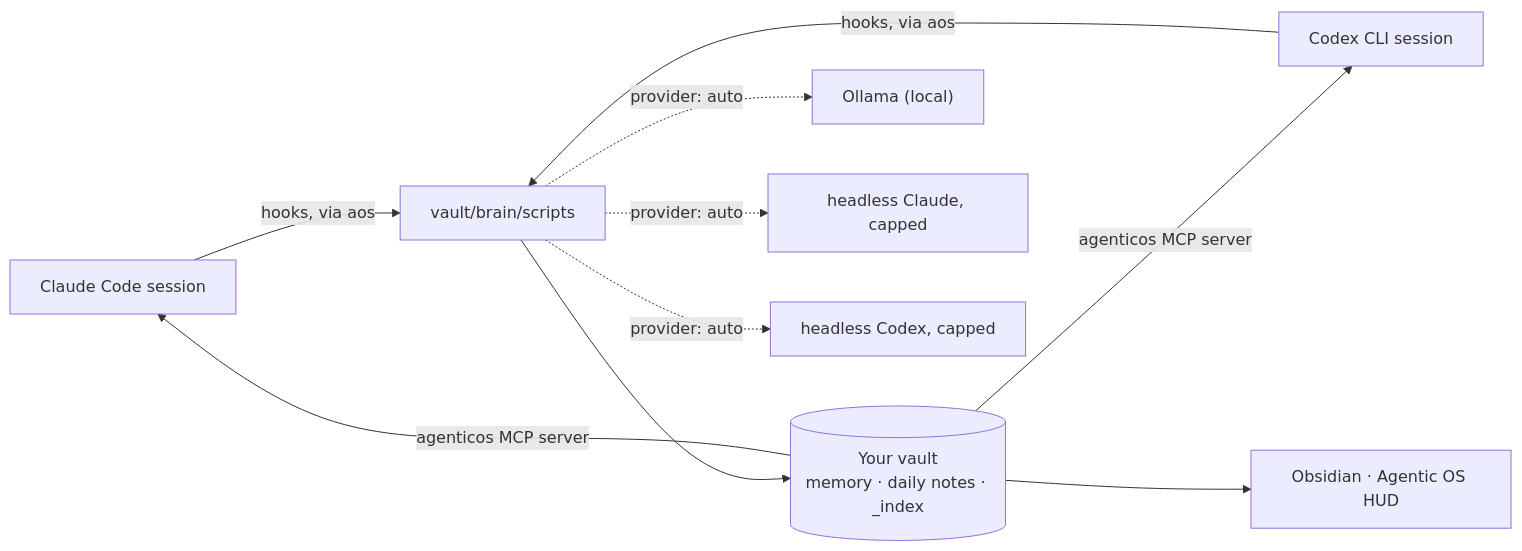
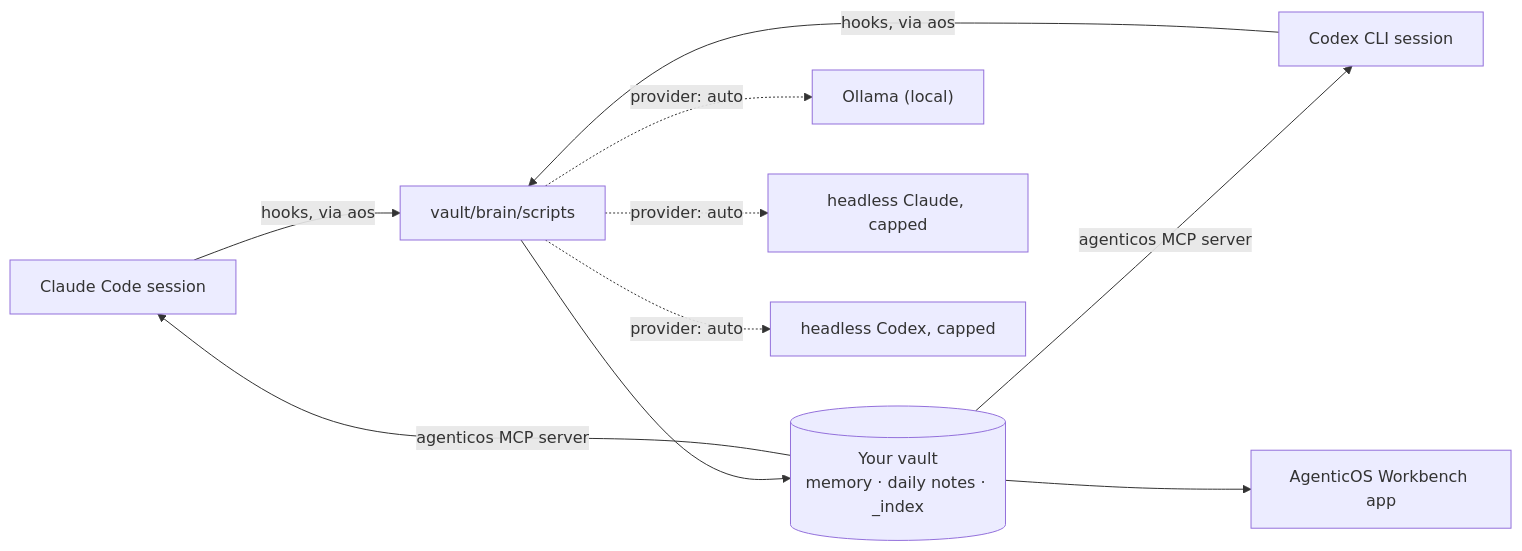
The second of 2 diagrams in README.md (zzoretich/AgenticOS-Workbench), drawn with Mermaid before and after one commit. The commit also changed other lines of this file and 38 other files, not shown here.

````diff
--- a/README.md
+++ b/README.md
@@ -430,12 +430,12 @@
 ```mermaid
 flowchart LR
   CC["Claude Code session"] -- "hooks, via aos" --> RT["vault/brain/scripts"]
   CX["Codex CLI session"] -- "hooks, via aos" --> RT
   RT --> V[("Your vault<br/>memory · daily notes · _index")]
   V -- "agenticos MCP server" --> CC
   V -- "agenticos MCP server" --> CX
-  V --> HUD["Obsidian · Agentic OS HUD"]
+  V --> HUD["AgenticOS Workbench app"]
   RT -. "provider: auto" .-> OL["Ollama (local)"]
   RT -. "provider: auto" .-> HC["headless Claude, capped"]
   RT -. "provider: auto" .-> HX["headless Codex, capped"]
 ```
````
